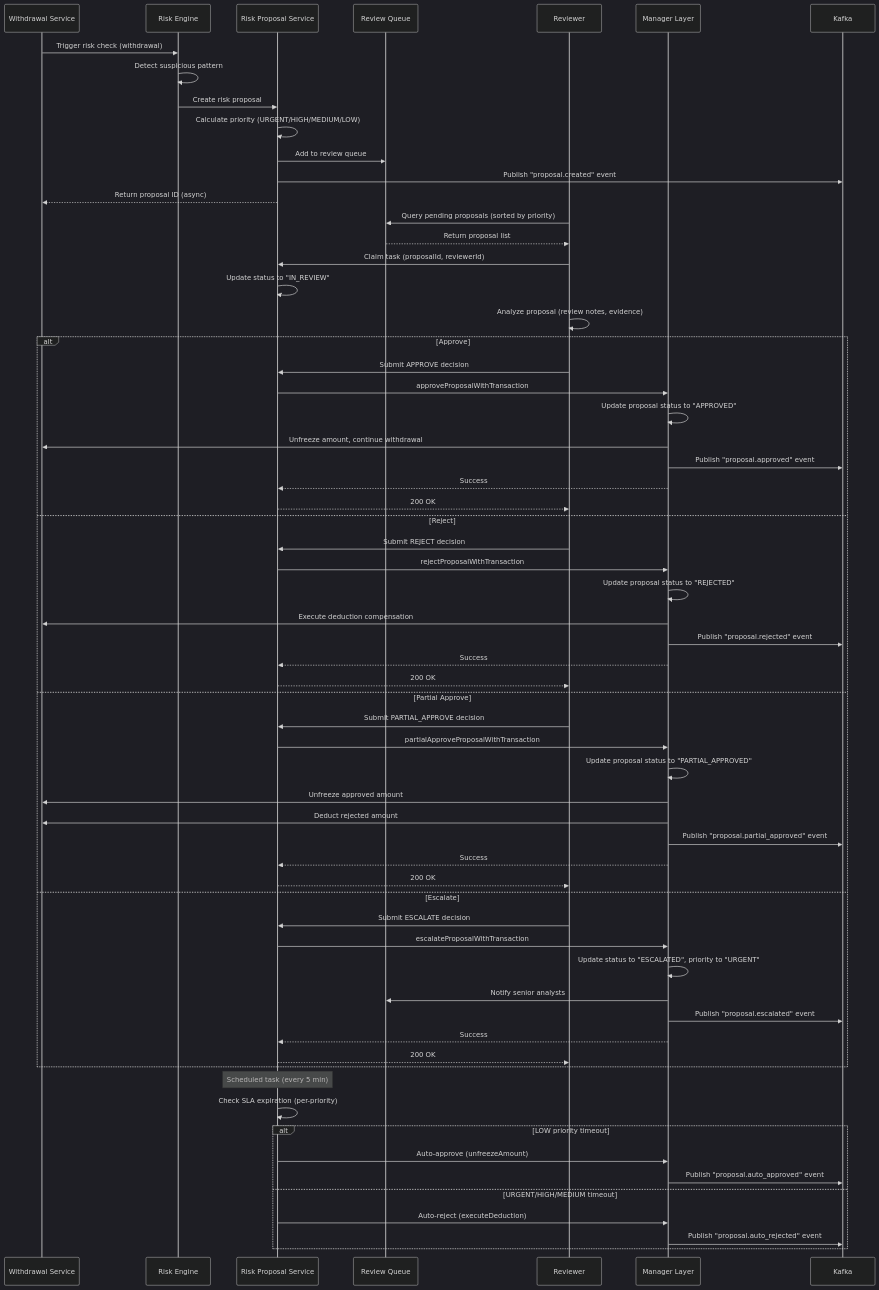
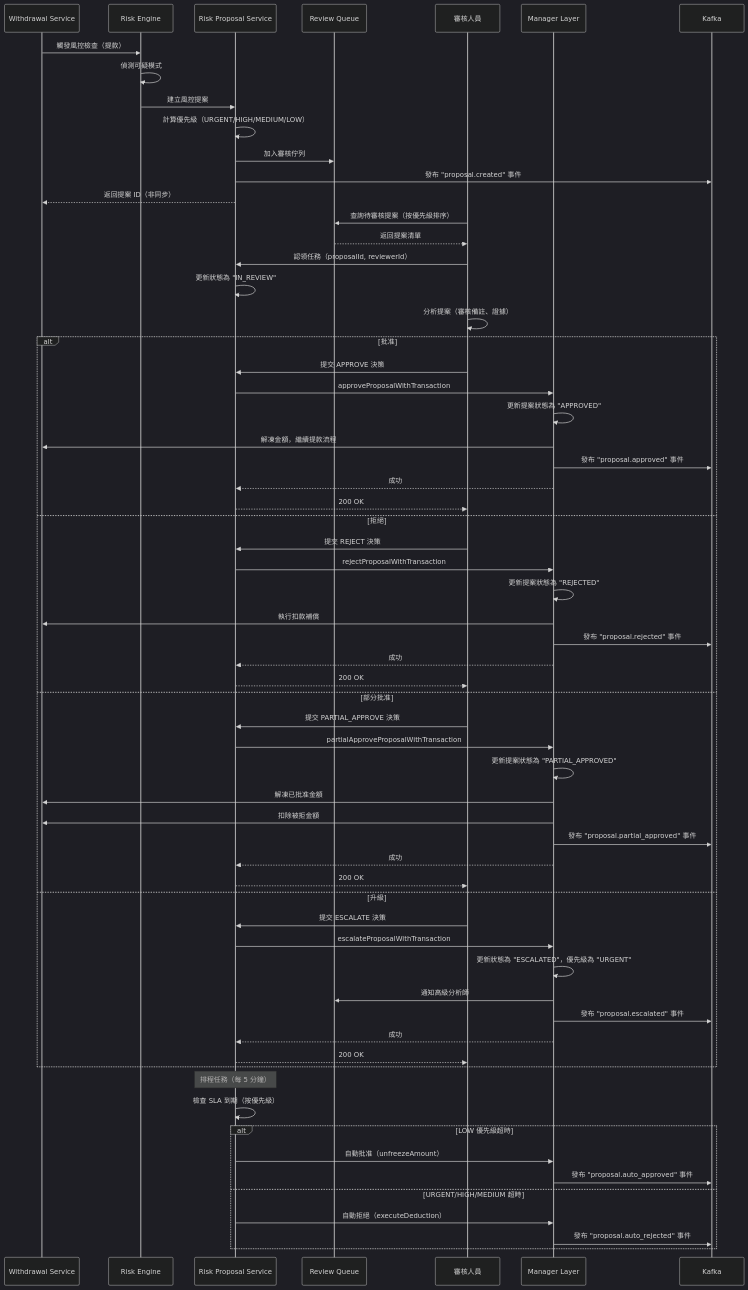
The diagram in docs/iGaming/architecture/05_Risk_Engine/Risk_Proposal_Implementation.md (ron03wlb/smart-admin), drawn with Mermaid (dark theme) before and after one commit. The commit also changed other lines of this file and 4 other files, not shown here.

````diff
--- a/docs/iGaming/architecture/05_Risk_Engine/Risk_Proposal_Implementation.md
+++ b/docs/iGaming/architecture/05_Risk_Engine/Risk_Proposal_Implementation.md
@@ -24,73 +24,73 @@
 ```mermaid
 sequenceDiagram
     participant W as Withdrawal Service
     participant R as Risk Engine
     participant P as Risk Proposal Service
     participant Q as Review Queue
-    participant Rev as Reviewer
+    participant Rev as 審核人員
     participant M as Manager Layer
     participant K as Kafka
 
-    %% 1. Create Proposal
-    W->>R: Trigger risk check (withdrawal)
-    R->>R: Detect suspicious pattern
-    R->>P: Create risk proposal
-    P->>P: Calculate priority (URGENT/HIGH/MEDIUM/LOW)
-    P->>Q: Add to review queue
-    P->>K: Publish "proposal.created" event
-    P-->>W: Return proposal ID (async)
+    %% 1. 建立提案
+    W->>R: 觸發風控檢查（提款）
+    R->>R: 偵測可疑模式
+    R->>P: 建立風控提案
+    P->>P: 計算優先級（URGENT/HIGH/MEDIUM/LOW）
+    P->>Q: 加入審核佇列
+    P->>K: 發布 "proposal.created" 事件
+    P-->>W: 返回提案 ID（非同步）
 
-    %% 2. Review Process
-    Rev->>Q: Query pending proposals (sorted by priority)
-    Q-->>Rev: Return proposal list
-    Rev->>P: Claim task (proposalId, reviewerId)
-    P->>P: Update status to "IN_REVIEW"
+    %% 2. 審核流程
+    Rev->>Q: 查詢待審核提案（按優先級排序）
+    Q-->>Rev: 返回提案清單
+    Rev->>P: 認領任務（proposalId, reviewerId）
+    P->>P: 更新狀態為 "IN_REVIEW"
 
-    Rev->>Rev: Analyze proposal (review notes, evidence)
+    Rev->>Rev: 分析提案（審核備註、證據）
 
-    alt Approve
-        Rev->>P: Submit APPROVE decision
+    alt 批准
+        Rev->>P: 提交 APPROVE 決策
         P->>M: approveProposalWithTransaction
-        M->>M: Update proposal status to "APPROVED"
-        M->>W: Unfreeze amount, continue withdrawal
-        M->>K: Publish "proposal.approved" event
-        M-->>P: Success
+        M->>M: 更新提案狀態為 "APPROVED"
+        M->>W: 解凍金額，繼續提款流程
+        M->>K: 發布 "proposal.approved" 事件
+        M-->>P: 成功
         P-->>Rev: 200 OK
-    else Reject
-        Rev->>P: Submit REJECT decision
+    else 拒絕
+        Rev->>P: 提交 REJECT 決策
         P->>M: rejectProposalWithTransaction
-        M->>M: Update proposal status to "REJECTED"
-        M->>W: Execute deduction compensation
-        M->>K: Publish "proposal.rejected" event
-        M-->>P: Success
+        M->>M: 更新提案狀態為 "REJECTED"
+        M->>W: 執行扣款補償
+        M->>K: 發布 "proposal.rejected" 事件
+        M-->>P: 成功
         P-->>Rev: 200 OK
-    else Partial Approve
-        Rev->>P: Submit PARTIAL_APPROVE decision
+    else 部分批准
+        Rev->>P: 提交 PARTIAL_APPROVE 決策
         P->>M: partialApproveProposalWithTransaction
-        M->>M: Update proposal status to "PARTIAL_APPROVED"
-        M->>W: Unfreeze approved amount
-        M->>W: Deduct rejected amount
-        M->>K: Publish "proposal.partial_approved" event
-        M-->>P: Success
+        M->>M: 更新提案狀態為 "PARTIAL_APPROVED"
+        M->>W: 解凍已批准金額
+        M->>W: 扣除被拒金額
+        M->>K: 發布 "proposal.partial_approved" 事件
+        M-->>P: 成功
         P-->>Rev: 200 OK
-    else Escalate
-        Rev->>P: Submit ESCALATE decision
+    else 升級
+        Rev->>P: 提交 ESCALATE 決策
         P->>M: escalateProposalWithTransaction
-        M->>M: Update status to "ESCALATED", priority to "URGENT"
-        M->>Q: Notify senior analysts
-        M->>K: Publish "proposal.escalated" event
-        M-->>P: Success
+        M->>M: 更新狀態為 "ESCALATED"，優先級為 "URGENT"
+        M->>Q: 通知高級分析師
+        M->>K: 發布 "proposal.escalated" 事件
+        M-->>P: 成功
         P-->>Rev: 200 OK
     end
 
-    %% 3. SLA Timeout Handling
-    Note over P: Scheduled task (every 5 min)
-    P->>P: Check SLA expiration (per-priority)
-    alt LOW priority timeout
-        P->>M: Auto-approve (unfreezeAmount)
-        M->>K: Publish "proposal.auto_approved" event
-    else URGENT/HIGH/MEDIUM timeout
-        P->>M: Auto-reject (executeDeduction)
-        M->>K: Publish "proposal.auto_rejected" event
+    %% 3. SLA 超時處理
+    Note over P: 排程任務（每 5 分鐘）
+    P->>P: 檢查 SLA 到期（按優先級）
+    alt LOW 優先級超時
+        P->>M: 自動批准（unfreezeAmount）
+        M->>K: 發布 "proposal.auto_approved" 事件
+    else URGENT/HIGH/MEDIUM 超時
+        P->>M: 自動拒絕（executeDeduction）
+        M->>K: 發布 "proposal.auto_rejected" 事件
     end
 ```
````
